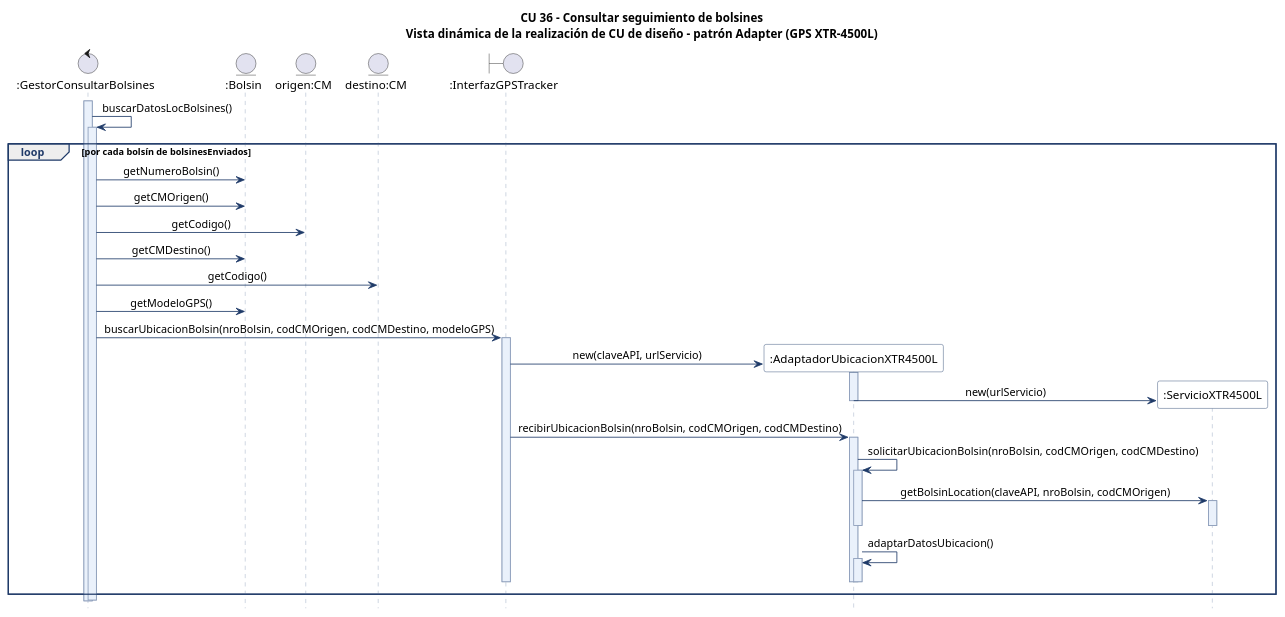
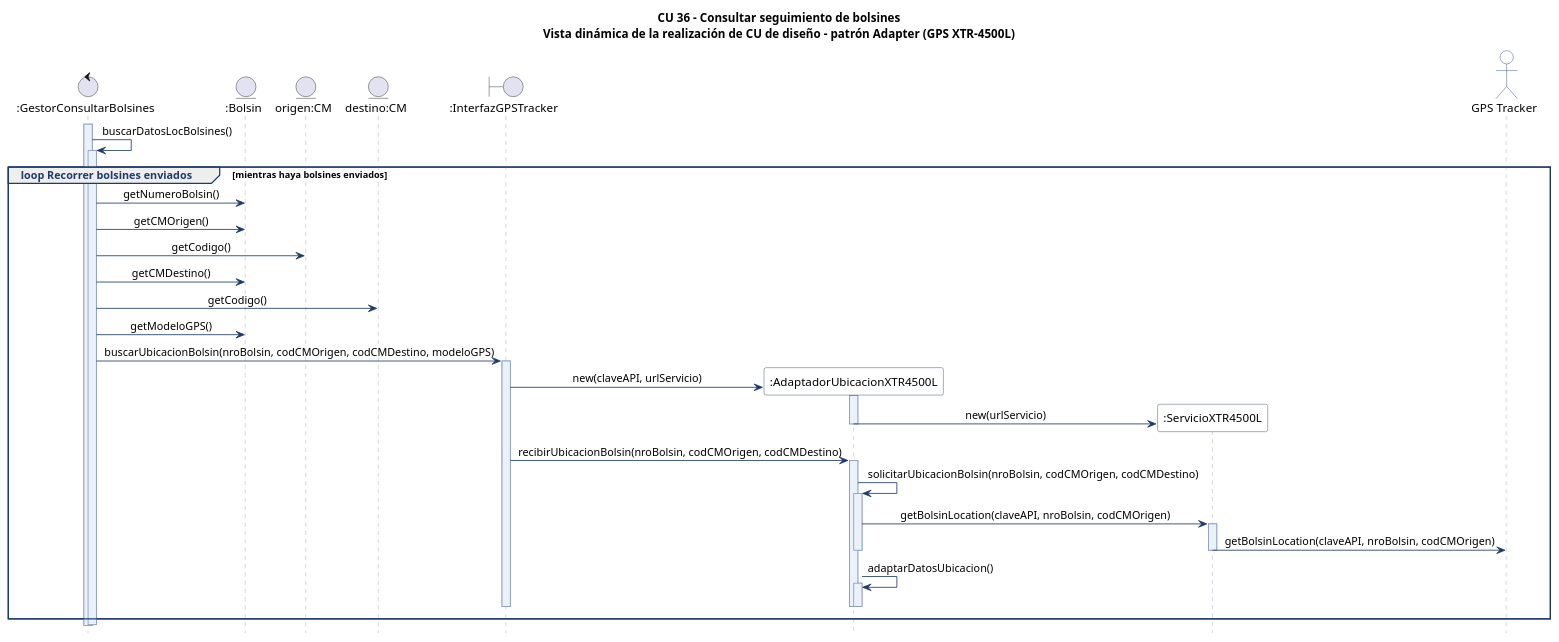
One commit to LucianoCipolla/PPAI-BOLSIN-DSI-2026 changed the diagram in docs/diagramas/diagrama-secuencia-xtr4500l.puml. Above: the diagram before and after it, drawn with PlantUML. The commit also changed 7 other files, not shown here.

Commit message:
diagrams

```diff
--- a/docs/diagramas/diagrama-secuencia-xtr4500l.puml
+++ b/docs/diagramas/diagrama-secuencia-xtr4500l.puml
@@ -1,78 +1,82 @@
 @startuml diagrama-secuencia-xtr4500l
 ' PPAI 2026 - DSI 3K1 - Grupo 5
 ' Vista dinámica de la realización de caso de uso de diseño
 ' CU 36 "Consultar seguimiento de bolsines": parte del escenario rediseñada con el patrón Adapter (pasos 4 y 5)
 ' Modelo de GPS: XTR-4500L
 '
 ' Convenciones:
-' - Representación icónica de boundary, control y entidad.
+' - Representación icónica de actor, boundary, control y entidad.
 ' - :Bolsin representa a todos los bolsines enviados (se recorren con loop).
 ' - Sin mensajes de retorno.
 
 skinparam shadowing false
 skinparam defaultFontName Arial
 skinparam sequenceMessageAlign center
 skinparam responseMessageBelowArrow true
 skinparam sequence {
   ArrowColor #1F3A68
   LifeLineBorderColor #8A9BB8
   LifeLineBackgroundColor #EAF1FB
   ParticipantBorderColor #1F3A68
   ParticipantBackgroundColor #FFFFFF
   GroupBorderColor #1F3A68
   GroupHeaderFontColor #1F3A68
+  ActorBorderColor #1F3A68
+  ActorBackgroundColor #FFFFFF
 }
 hide footbox
 
 title CU 36 – Consultar seguimiento de bolsines\nVista dinámica de la realización de CU de diseño – patrón Adapter (GPS XTR-4500L)
 
 control ":GestorConsultarBolsines" as gestor
 entity ":Bolsin" as bolsin
 entity "origen:CM" as origen
 entity "destino:CM" as destino
 boundary ":InterfazGPSTracker" as interfaz
 participant ":AdaptadorUbicacionXTR4500L" as adaptador
 participant ":ServicioXTR4500L" as servicio
+actor "GPS Tracker" as gps
 
 activate gestor
 gestor -> gestor : buscarDatosLocBolsines()
 activate gestor
 
-loop por cada bolsín de bolsinesEnviados
+group loop Recorrer bolsines enviados [mientras haya bolsines enviados]
   gestor -> bolsin : getNumeroBolsin()
   gestor -> bolsin : getCMOrigen()
   gestor -> origen : getCodigo()
   gestor -> bolsin : getCMDestino()
   gestor -> destino : getCodigo()
   gestor -> bolsin : getModeloGPS()
 
   gestor -> interfaz : buscarUbicacionBolsin(nroBolsin, codCMOrigen, codCMDestino, modeloGPS)
   activate interfaz
 
   create adaptador
   interfaz -> adaptador : new(claveAPI, urlServicio)
   activate adaptador
   create servicio
   adaptador -> servicio : new(urlServicio)
   deactivate adaptador
 
   interfaz -> adaptador : recibirUbicacionBolsin(nroBolsin, codCMOrigen, codCMDestino)
   activate adaptador
 
   adaptador -> adaptador : solicitarUbicacionBolsin(nroBolsin, codCMOrigen, codCMDestino)
   activate adaptador
   adaptador -> servicio : getBolsinLocation(claveAPI, nroBolsin, codCMOrigen)
   activate servicio
+  servicio -> gps : getBolsinLocation(claveAPI, nroBolsin, codCMOrigen)
   deactivate servicio
   deactivate adaptador
 
   adaptador -> adaptador : adaptarDatosUbicacion()
   activate adaptador
   deactivate adaptador
 
   deactivate adaptador
   deactivate interfaz
 end
 
 deactivate gestor
 @enduml
```
